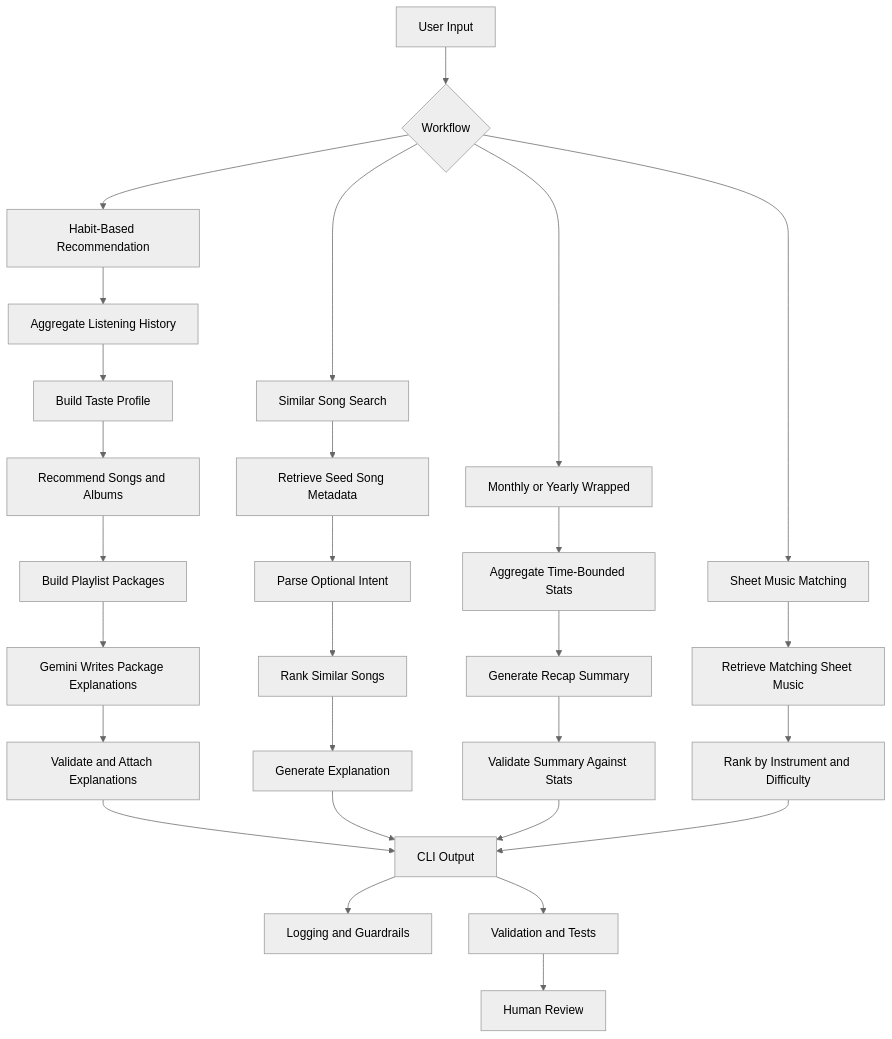
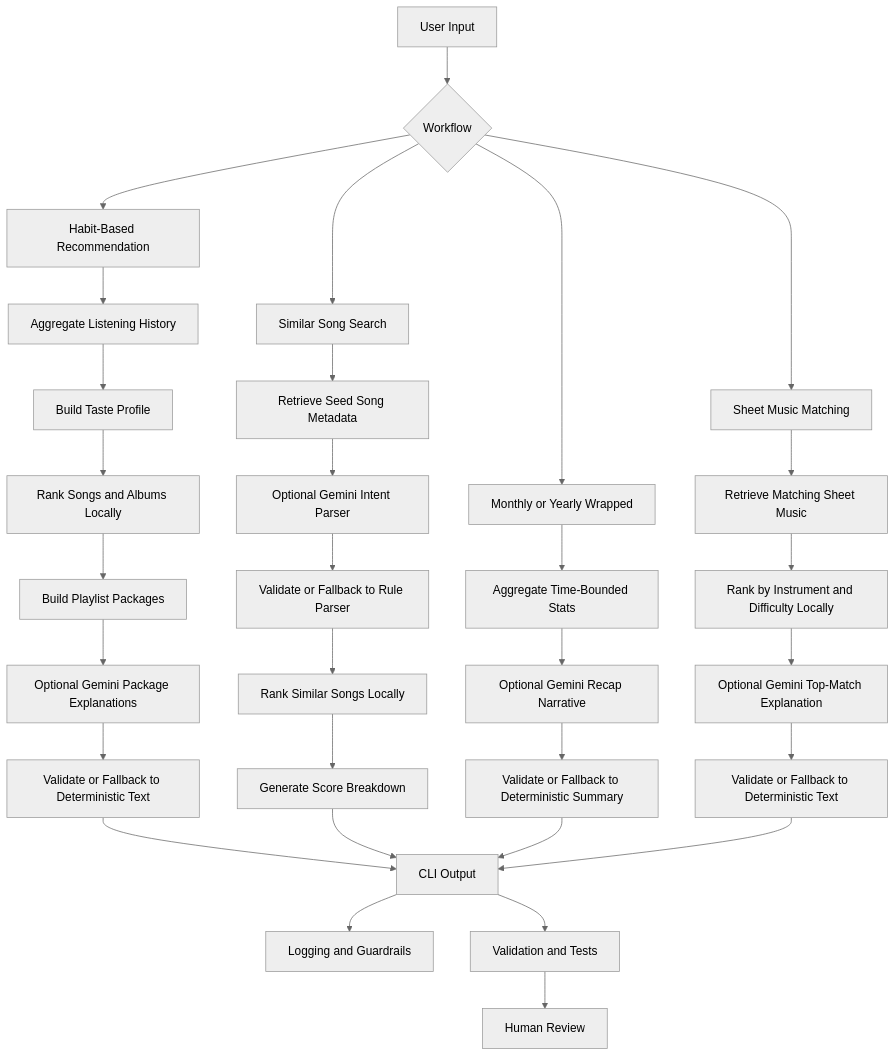
The diagram in README.md (yichen057/Music-Companion), drawn with Mermaid (neutral theme) before and after one commit. The commit also changed other lines of this file and 10 other files, not shown here.

````diff
--- a/README.md
+++ b/README.md
@@ -121,36 +121,39 @@
 ```mermaid
 flowchart TD
     A[User Input] --> B{Workflow}
     B --> C[Similar Song Search]
     B --> D[Habit-Based Recommendation]
     B --> E[Monthly or Yearly Wrapped]
     B --> F[Sheet Music Matching]
 
     C --> G[Retrieve Seed Song Metadata]
-    G --> V[Parse Optional Intent]
-    V --> H[Rank Similar Songs]
-    H --> I[Generate Explanation]
+    G --> V[Optional Gemini Intent Parser]
+    V --> V2[Validate or Fallback to Rule Parser]
+    V2 --> H[Rank Similar Songs Locally]
+    H --> I[Generate Score Breakdown]
 
     D --> J[Aggregate Listening History]
     J --> K[Build Taste Profile]
-    K --> L[Recommend Songs and Albums]
+    K --> L[Rank Songs and Albums Locally]
     L --> W[Build Playlist Packages]
-    W --> X[Gemini Writes Package Explanations]
-    X --> Y[Validate and Attach Explanations]
+    W --> X[Optional Gemini Package Explanations]
+    X --> Y[Validate or Fallback to Deterministic Text]
     Y --> R
 
     E --> M[Aggregate Time-Bounded Stats]
-    M --> N[Generate Recap Summary]
-    N --> O[Validate Summary Against Stats]
+    M --> N[Optional Gemini Recap Narrative]
+    N --> O[Validate or Fallback to Deterministic Summary]
 
     F --> P[Retrieve Matching Sheet Music]
-    P --> Q[Rank by Instrument and Difficulty]
+    P --> Q[Rank by Instrument and Difficulty Locally]
+    Q --> Z[Optional Gemini Top-Match Explanation]
+    Z --> Z2[Validate or Fallback to Deterministic Text]
 
     I --> R[CLI Output]
     O --> R
-    Q --> R
+    Z2 --> R
 
     R --> S[Logging and Guardrails]
     R --> T[Validation and Tests]
     T --> U[Human Review]
 ```
````
